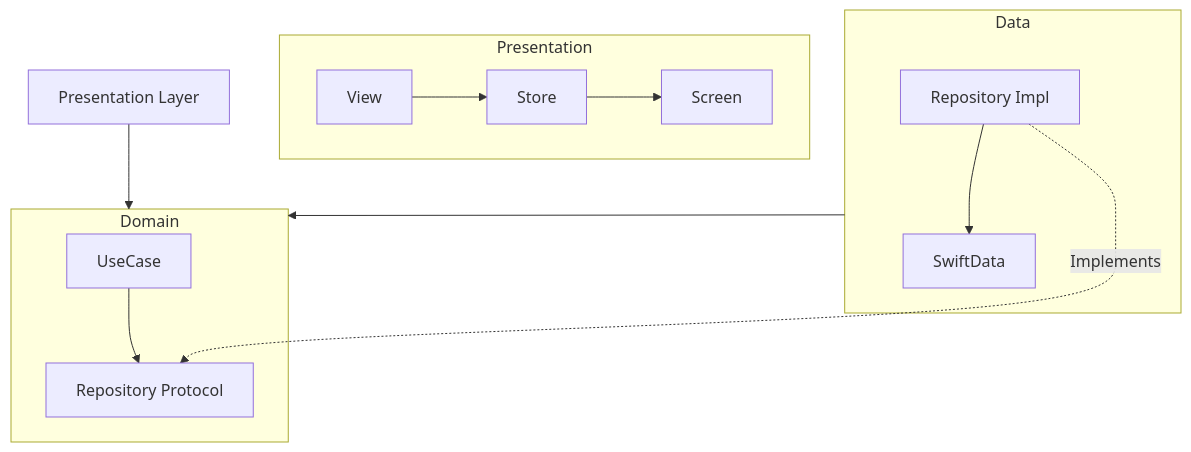
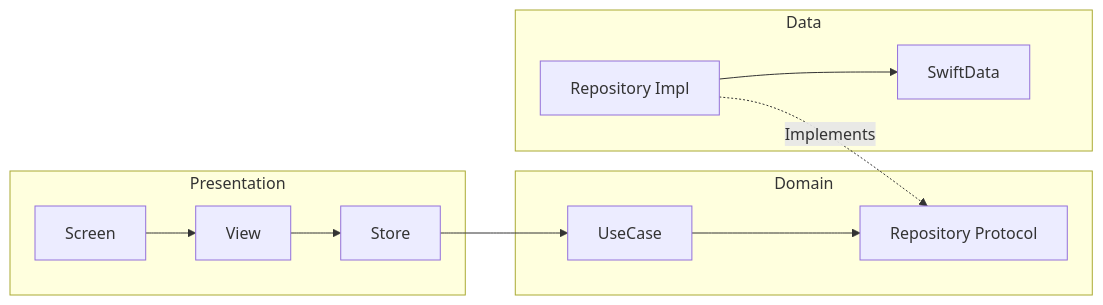
Before and after one commit to jkjamies/MESA-iOS: the second of 2 diagrams in Readme.md, drawn with Mermaid. The commit also changed other lines of this file and 1 other file, not shown here.

First line of the commit message:
Updates diagrams for clarity and consistency

````diff
--- a/Readme.md
+++ b/Readme.md
@@ -71,19 +77,18 @@
 ```mermaid
-graph TD
-    UI[Presentation Layer] --> Domain[Domain Layer]
-    Data[Data Layer] --> Domain
-    
+graph LR
     subgraph Presentation
-    Store --> Screen
-    UI_View[View] --> Store
+    Screen --> UI_View[View]
+    UI_View --> Store
     end
     
     subgraph Domain
     UseCase --> Repo[Repository Protocol]
     end
     
     subgraph Data
     RepoImpl[Repository Impl] -.->|Implements| Repo
     RepoImpl --> SwiftData
     end
+    
+    Store --> UseCase
 ```
````
